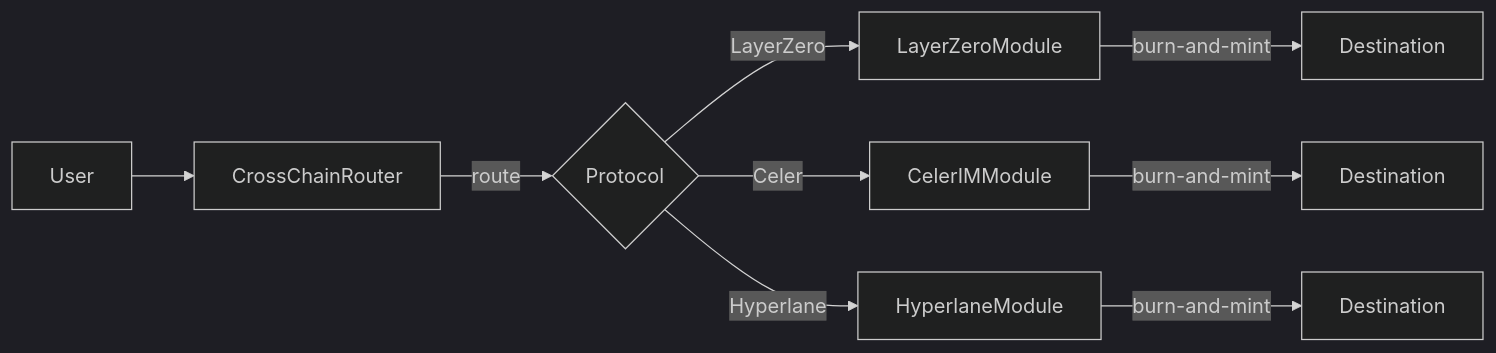
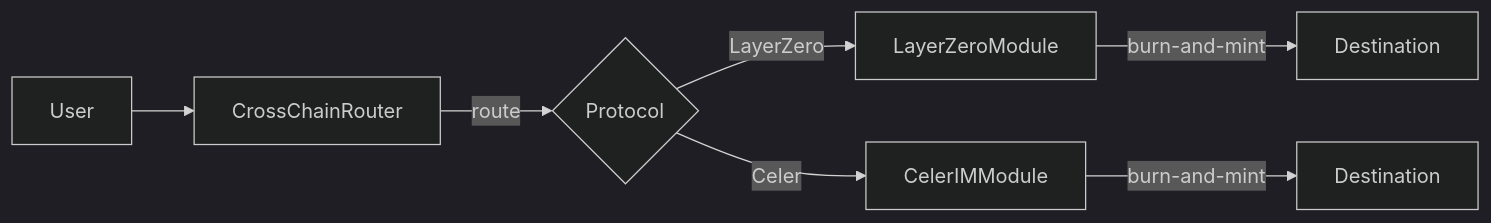
One commit to lookcard-dev/lookcoin-contract changed the second of 6 diagrams in docs/USER_FLOW.md. Above: the diagram before and after it, drawn with Mermaid (dark theme). The commit also changed other lines of this file and 50 other files, not shown here.

````diff
--- a/docs/USER_FLOW.md
+++ b/docs/USER_FLOW.md
@@ -24,11 +24,9 @@
 ```mermaid
 graph LR
     User --> CrossChainRouter
     CrossChainRouter --> |route| Decision{Protocol}
     Decision --> |LayerZero| LayerZeroModule
     Decision --> |Celer| CelerIMModule
-    Decision --> |Hyperlane| HyperlaneModule
     LayerZeroModule --> |burn-and-mint| Dest1[Destination]
     CelerIMModule --> |burn-and-mint| Dest2[Destination]
-    HyperlaneModule --> |burn-and-mint| Dest3[Destination]
 ```
````
